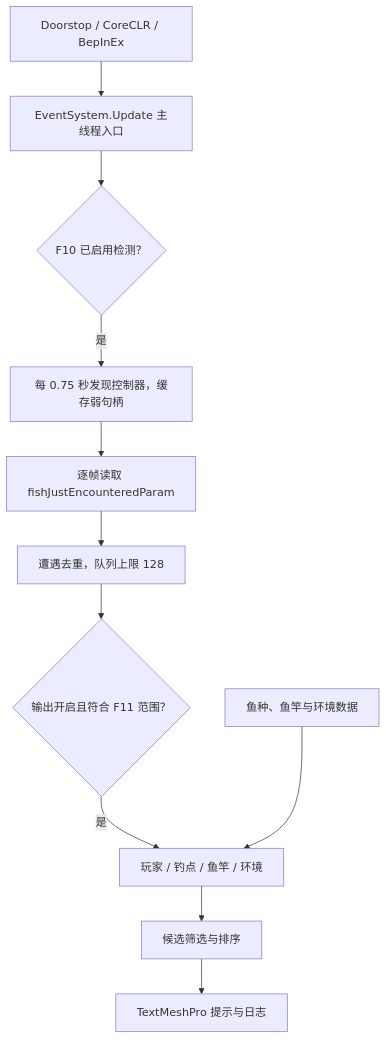
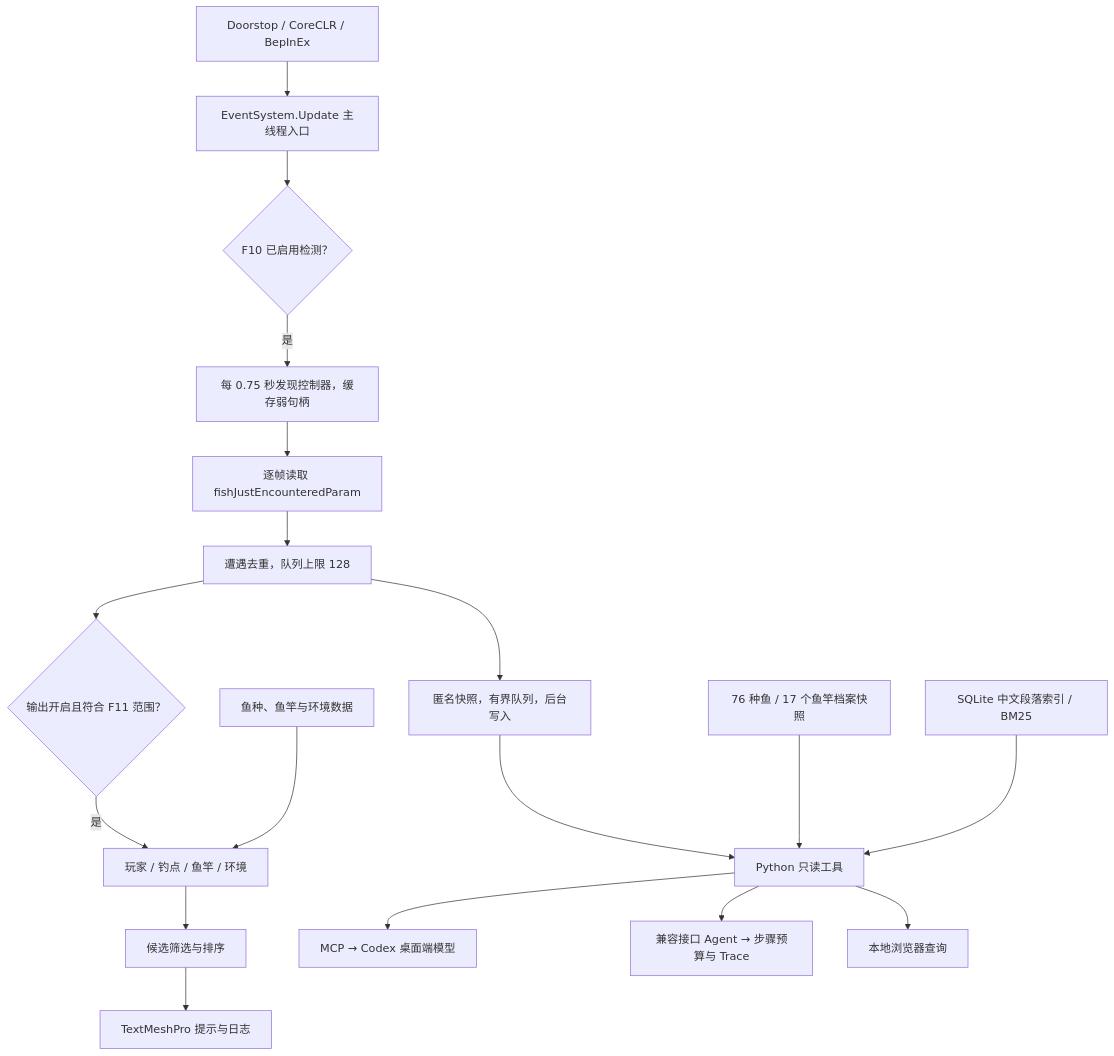
The diagram in docs/technical-design.md (Ushiroyu/PA-Fish-Peek), drawn with Mermaid before and after one commit. The commit also changed other lines of this file and 46 other files, not shown here.

````diff
--- a/docs/technical-design.md
+++ b/docs/technical-design.md
@@ -7,13 +7,20 @@
 ```mermaid
 flowchart TD
     boot["Doorstop / CoreCLR / BepInEx"] --> tick["EventSystem.Update 主线程入口"]
     tick --> enable{"F10 已启用检测？"}
     enable -- 是 --> discover["每 0.75 秒发现控制器，缓存弱句柄"]
     discover --> read["逐帧读取 fishJustEncounteredParam"]
     read --> queue["遭遇去重，队列上限 128"]
     queue --> scope{"输出开启且符合 F11 范围？"}
     scope -- 是 --> context["玩家 / 钓点 / 鱼竿 / 环境"]
     data["鱼种、鱼竿与环境数据"] --> context
     context --> rules["候选筛选与排序"]
     rules --> output["TextMeshPro 提示与日志"]
+    queue --> journal["匿名快照，有界队列，后台写入"]
+    journal --> tools["Python 只读工具"]
+    snapshot["76 种鱼 / 17 个鱼竿档案快照"] --> tools
+    knowledge["SQLite 中文段落索引 / BM25"] --> tools
+    tools --> mcp["MCP → Codex 桌面端模型"]
+    tools --> agent["兼容接口 Agent → 步骤预算与 Trace"]
+    tools --> web["本地浏览器查询"]
 ```
````
